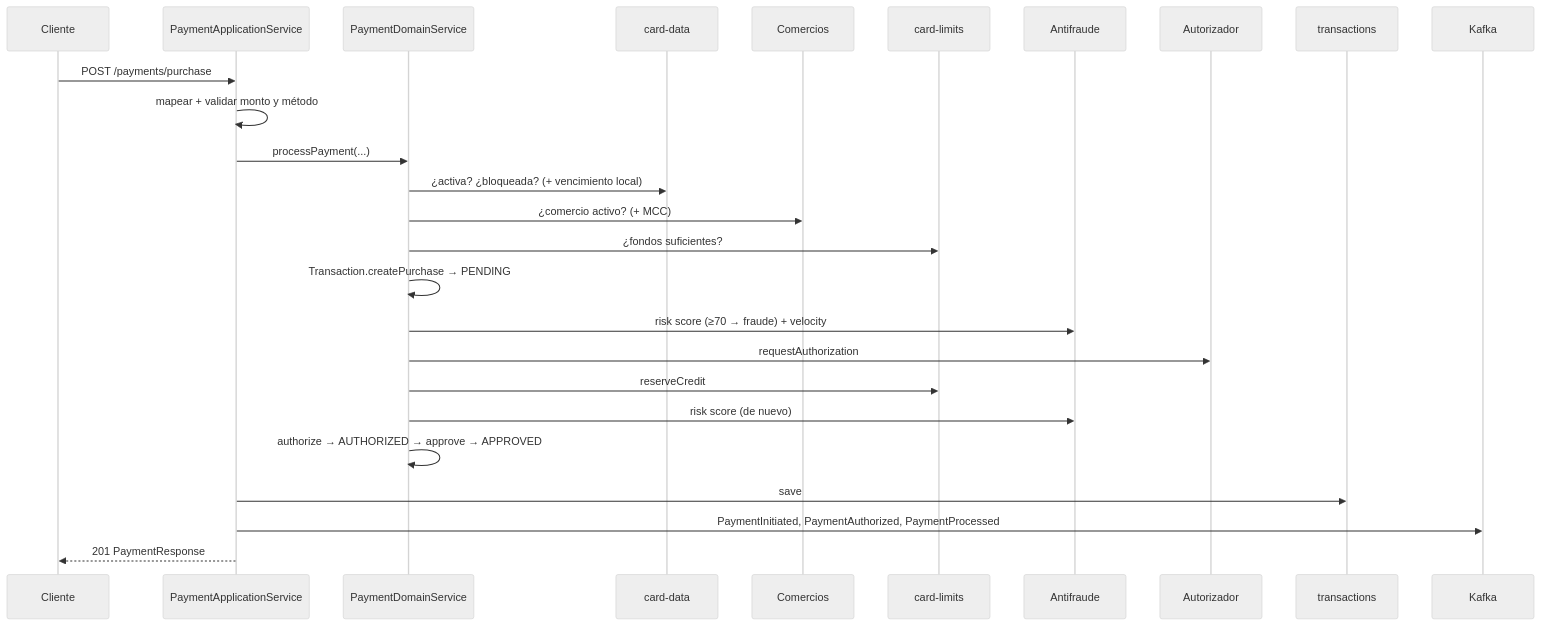
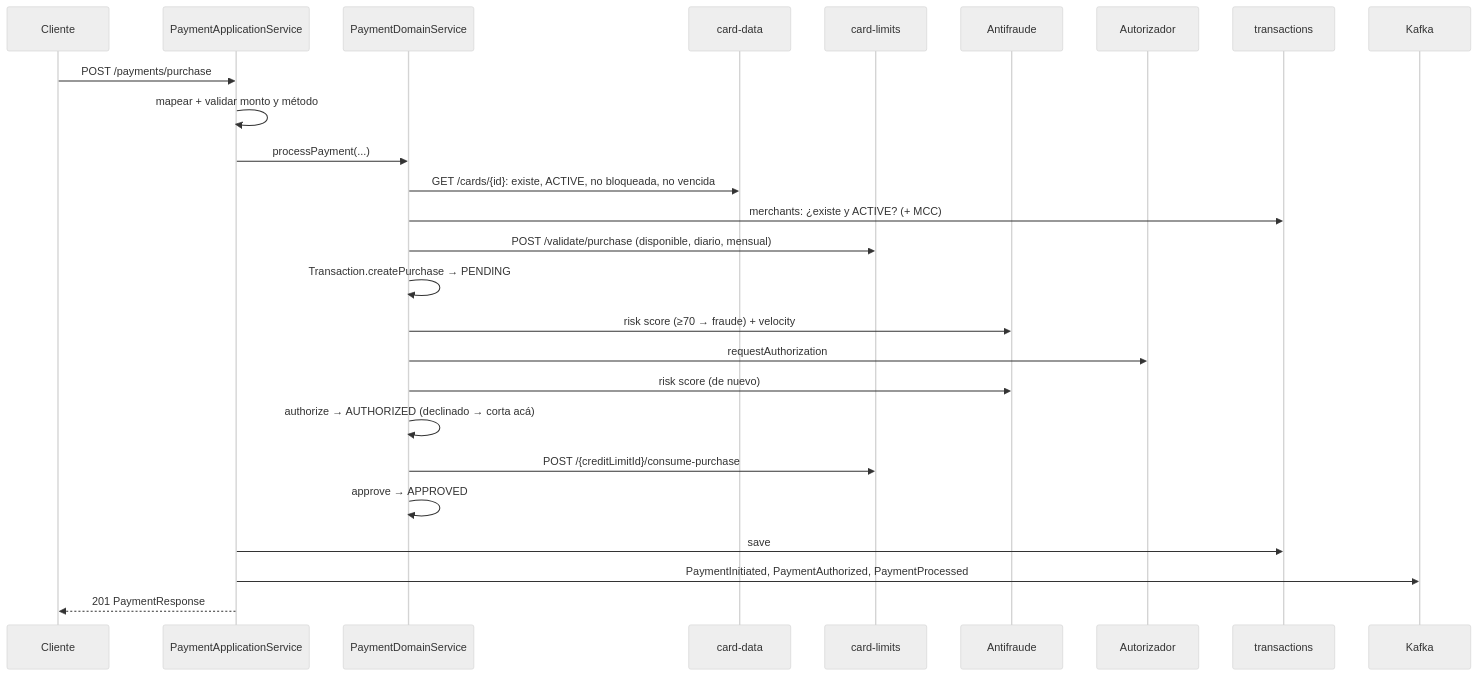
Before and after one commit to creditcard-managment/card-managment-service: the third of 3 diagrams in docs/technical/PAYMENT.md, drawn with Mermaid (neutral theme). The commit also changed other lines of this file and 31 other files, not shown here.

````diff
--- a/docs/technical/PAYMENT.md
+++ b/docs/technical/PAYMENT.md
@@ -168,29 +170,29 @@
 ```mermaid
 sequenceDiagram
     participant C as Cliente
     participant AS as PaymentApplicationService
     participant DS as PaymentDomainService
     participant CD as card-data
-    participant MS as Comercios
     participant CL as card-limits
     participant FR as Antifraude
     participant AU as Autorizador
     participant DB as transactions
     participant K as Kafka
 
     C->>AS: POST /payments/purchase
     AS->>AS: mapear + validar monto y método
     AS->>DS: processPayment(...)
-    DS->>CD: ¿activa? ¿bloqueada?  (+ vencimiento local)
-    DS->>MS: ¿comercio activo? (+ MCC)
-    DS->>CL: ¿fondos suficientes?
+    DS->>CD: GET /cards/{id}: existe, ACTIVE, no bloqueada, no vencida
+    DS->>DB: merchants: ¿existe y ACTIVE? (+ MCC)
+    DS->>CL: POST /validate/purchase (disponible, diario, mensual)
     DS->>DS: Transaction.createPurchase → PENDING
     DS->>FR: risk score (≥70 → fraude) + velocity
     DS->>AU: requestAuthorization
-    DS->>CL: reserveCredit
     DS->>FR: risk score (de nuevo)
-    DS->>DS: authorize → AUTHORIZED → approve → APPROVED
+    DS->>DS: authorize → AUTHORIZED (declinado → corta acá)
+    DS->>CL: POST /{creditLimitId}/consume-purchase
+    DS->>DS: approve → APPROVED
     AS->>DB: save
     AS->>K: PaymentInitiated, PaymentAuthorized, PaymentProcessed
     AS-->>C: 201 PaymentResponse
 ```
````
